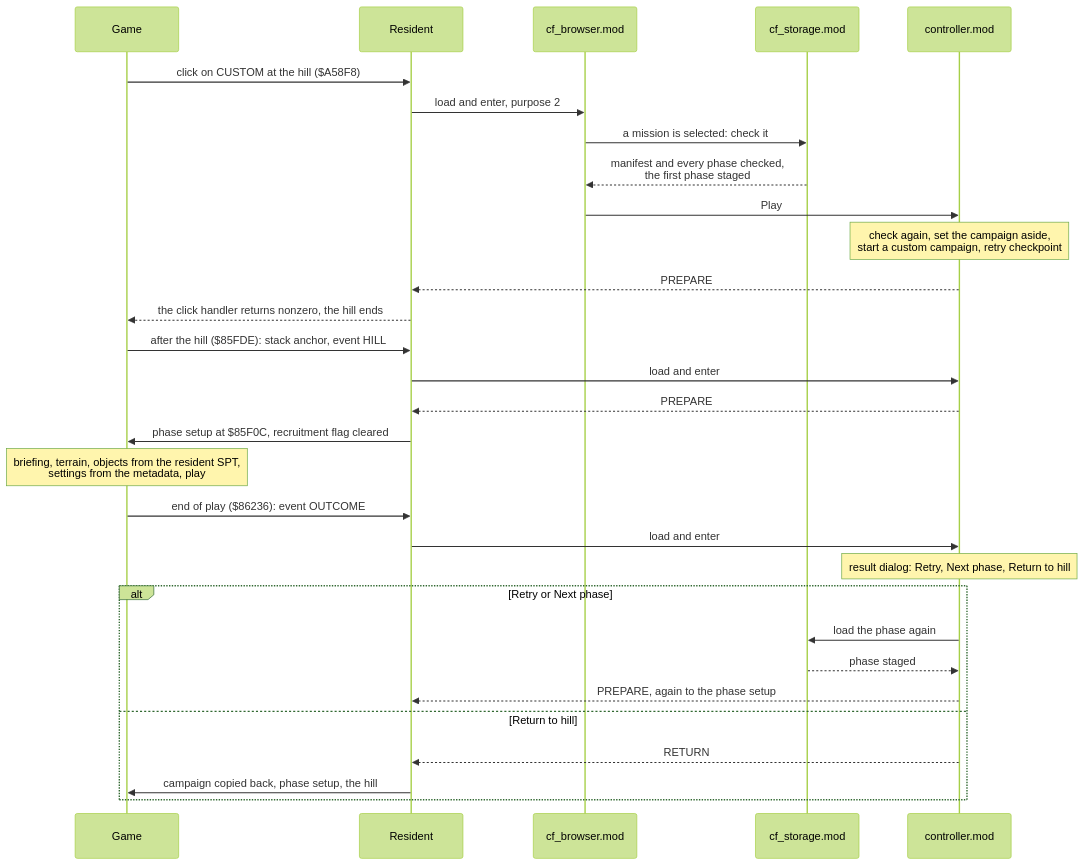
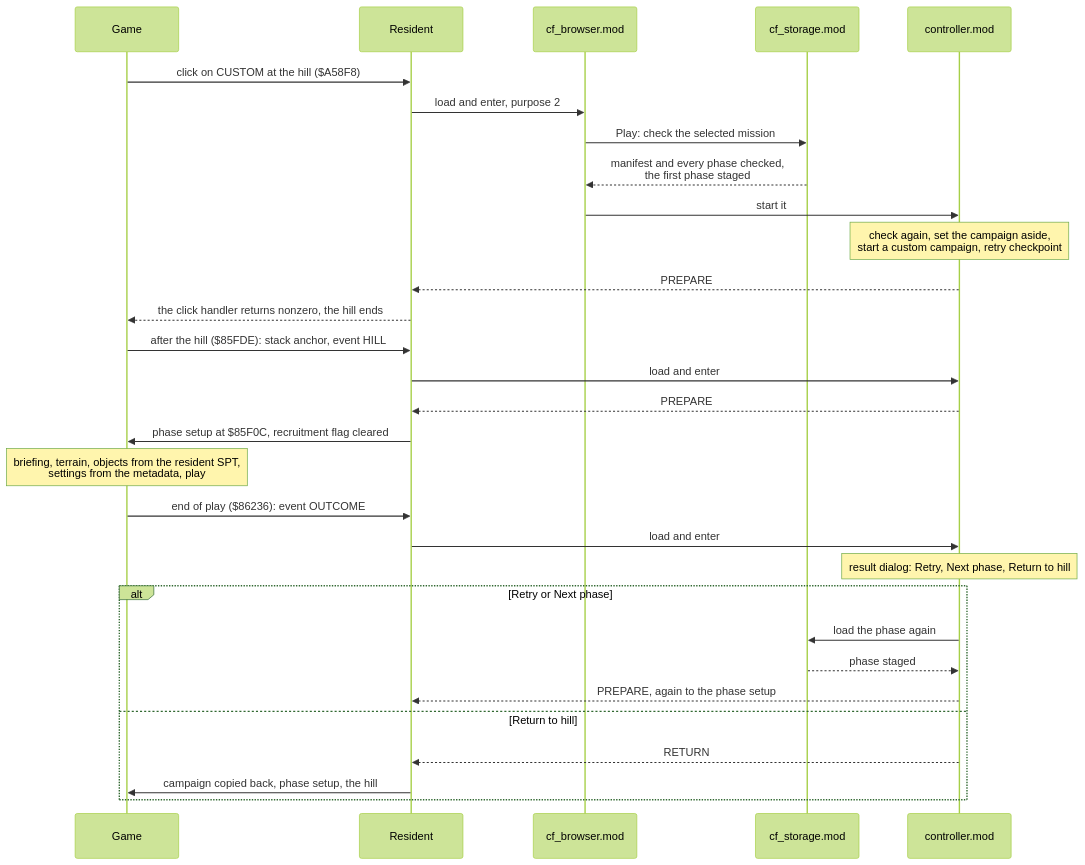
The fourth of 6 diagrams in docs/architecture.md (timoheimonen/amiga-cannon-fodder-editor), drawn with Mermaid (forest theme) before and after one commit. The commit also changed other lines of this file and 241 other files, not shown here.

````diff
--- a/docs/architecture.md
+++ b/docs/architecture.md
@@ -281,32 +282,32 @@
 ```mermaid
 sequenceDiagram
     participant G as Game
     participant R as Resident
     participant B as cf_browser.mod
     participant T as cf_storage.mod
     participant C as controller.mod
     G->>R: click on CUSTOM at the hill ($A58F8)
     R->>B: load and enter, purpose 2
-    B->>T: a mission is selected: check it
+    B->>T: Play: check the selected mission
     T-->>B: manifest and every phase checked,<br/>the first phase staged
-    B->>C: Play
+    B->>C: start it
     Note over C: check again, set the campaign aside,<br/>start a custom campaign, retry checkpoint
     C-->>R: PREPARE
     R-->>G: the click handler returns nonzero, the hill ends
     G->>R: after the hill ($85FDE): stack anchor, event HILL
     R->>C: load and enter
     C-->>R: PREPARE
     R->>G: phase setup at $85F0C, recruitment flag cleared
     Note over G: briefing, terrain, objects from the resident SPT,<br/>settings from the metadata, play
     G->>R: end of play ($86236): event OUTCOME
     R->>C: load and enter
     Note over C: result dialog: Retry, Next phase, Return to hill
     alt Retry or Next phase
         C->>T: load the phase again
         T-->>C: phase staged
         C-->>R: PREPARE, again to the phase setup
     else Return to hill
         C-->>R: RETURN
         R->>G: campaign copied back, phase setup, the hill
     end
 ```
````
